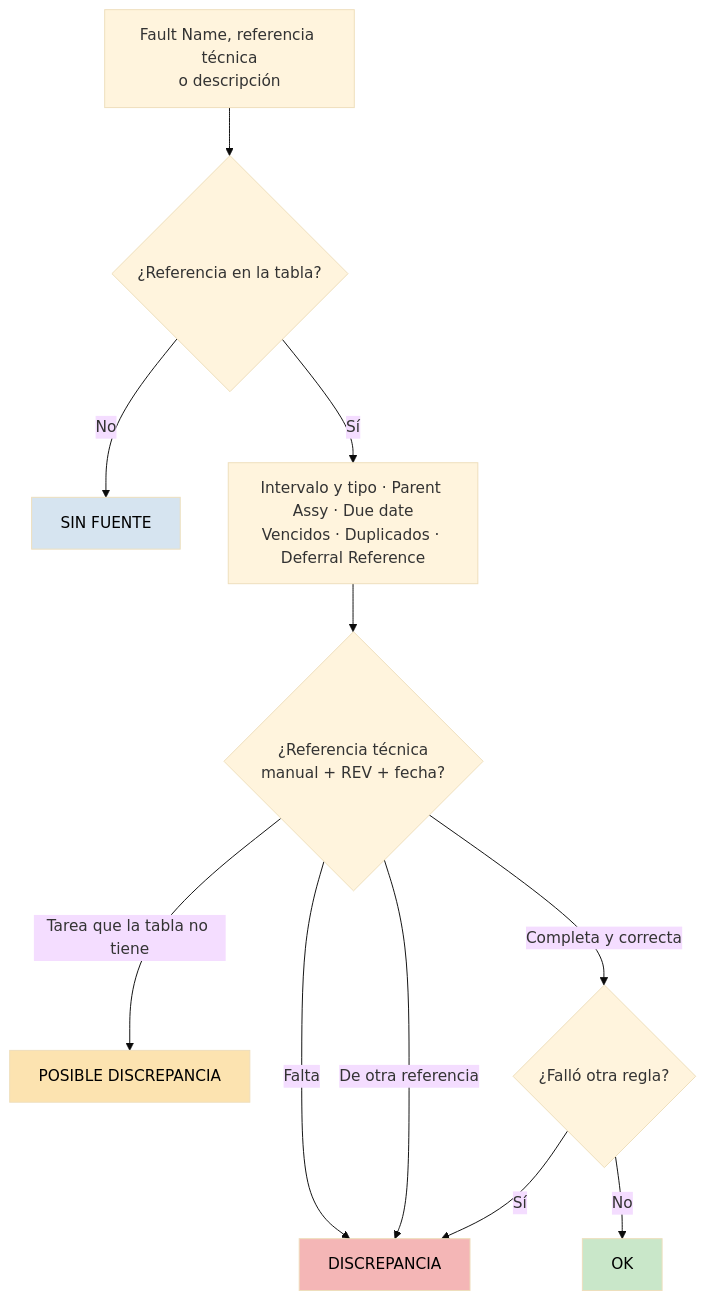
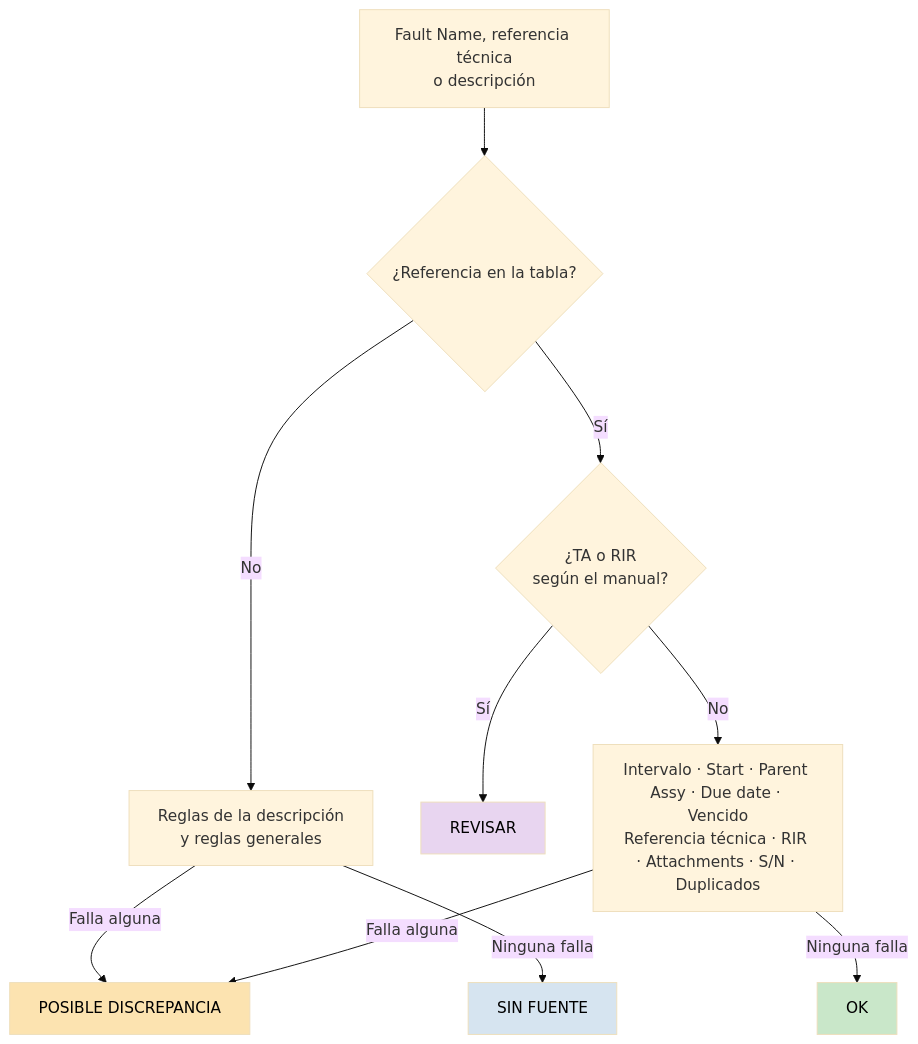
One commit to lviloriabas/dips changed the sixth of 9 diagrams in docs/proceso.md. Above: the diagram before and after it, drawn with Mermaid (base theme). The commit also changed other lines of this file and 34 other files, not shown here.

````diff
--- a/docs/proceso.md
+++ b/docs/proceso.md
@@ -84,17 +134,16 @@
 ```mermaid
 flowchart TD
     N[Fault Name, referencia técnica<br/>o descripción] --> REF{¿Referencia en la tabla?}
-    REF -- No --> PD1[SIN FUENTE]
-    REF -- Sí --> V[Intervalo y tipo · Parent Assy · Due date<br/>Vencidos · Duplicados · Deferral Reference]
-    V --> RT{¿Referencia técnica<br/>manual + REV + fecha?}
-    RT -- Falta --> D1[DISCREPANCIA]
-    RT -- De otra referencia --> D1
-    RT -- Tarea que la tabla no tiene --> PD2[POSIBLE DISCREPANCIA]
-    RT -- Completa y correcta --> F{¿Falló otra regla?}
-    F -- Sí --> D1
-    F -- No --> OK[OK]
-    style D1 fill:#F4B6B6,color:#000
-    style PD1 fill:#D6E4F0,color:#000
-    style PD2 fill:#FCE3B0,color:#000
+    REF -- No --> SD[Reglas de la descripción<br/>y reglas generales]
+    SD -- Falla alguna --> PD
+    SD -- Ninguna falla --> SF[SIN FUENTE]
+    REF -- Sí --> M{¿TA o RIR<br/>según el manual?}
+    M -- Sí --> RV[REVISAR]
+    M -- No --> V[Intervalo · Start · Parent Assy · Due date · Vencido<br/>Referencia técnica · RIR · Attachments · S/N · Duplicados]
+    V -- Falla alguna --> PD[POSIBLE DISCREPANCIA]
+    V -- Ninguna falla --> OK[OK]
+    style PD fill:#FCE3B0,color:#000
+    style RV fill:#E8D5F0,color:#000
+    style SF fill:#D6E4F0,color:#000
     style OK fill:#C9E7C9,color:#000
 ```
````
